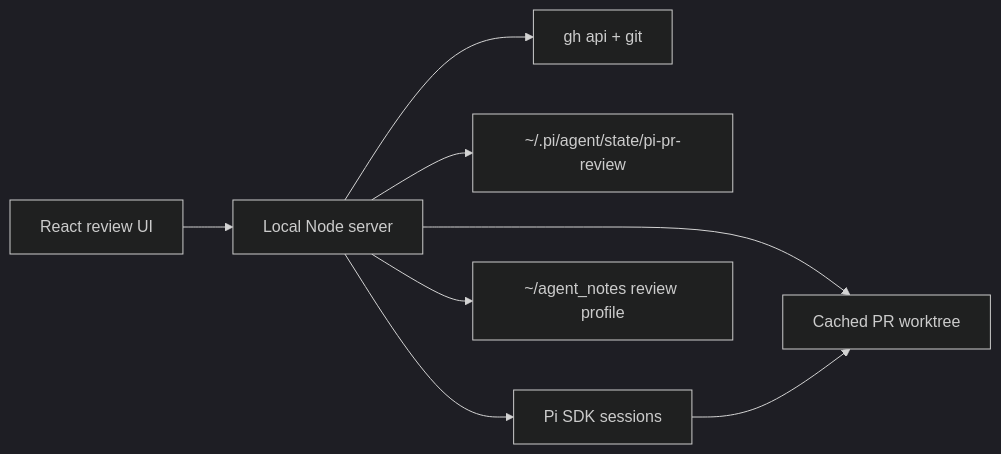
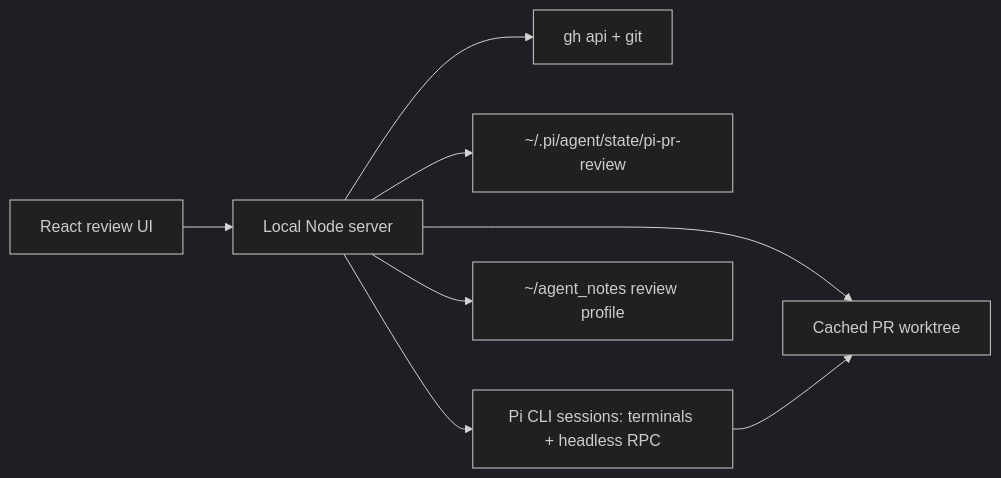
The diagram in README.md (drisspg/pi-review), drawn with Mermaid (dark theme) before and after one commit. The commit also changed other lines of this file and 16 other files, not shown here.

````diff
--- a/README.md
+++ b/README.md
@@ -41,10 +41,10 @@
 ```mermaid
 flowchart LR
   Browser[React review UI] --> Server[Local Node server]
   Server --> GH[gh api + git]
   Server --> State[~/.pi/agent/state/pi-pr-review]
   Server --> Worktree[Cached PR worktree]
-  Server --> Pi[Pi SDK sessions]
+  Server --> Pi[Pi CLI sessions: terminals + headless RPC]
   Pi --> Worktree
   Server --> Notes[~/agent_notes review profile]
 ```
````
